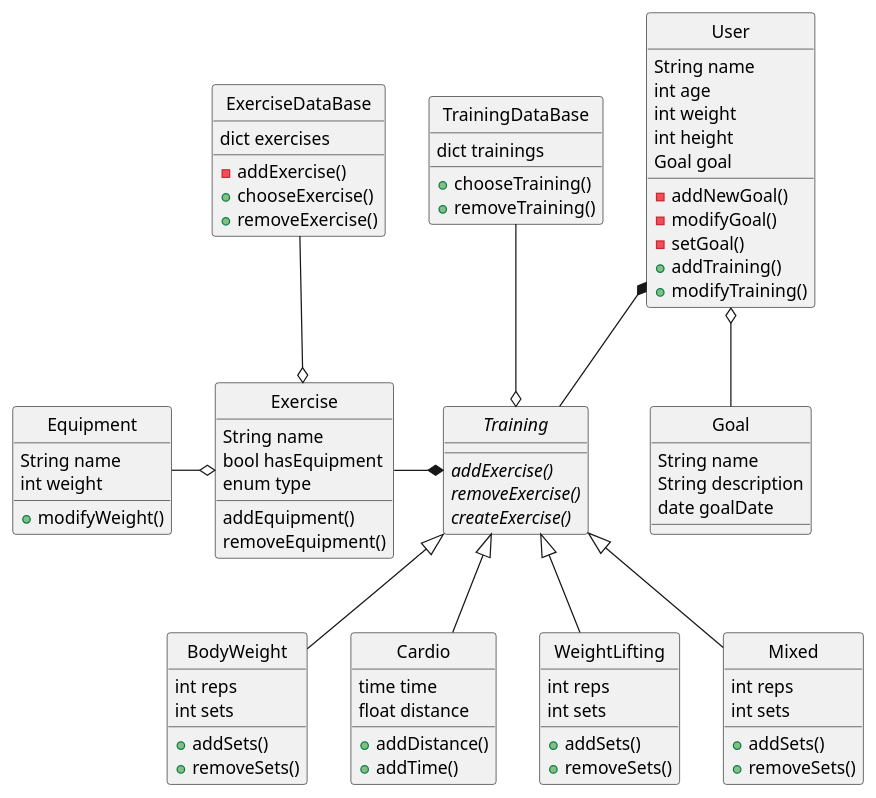
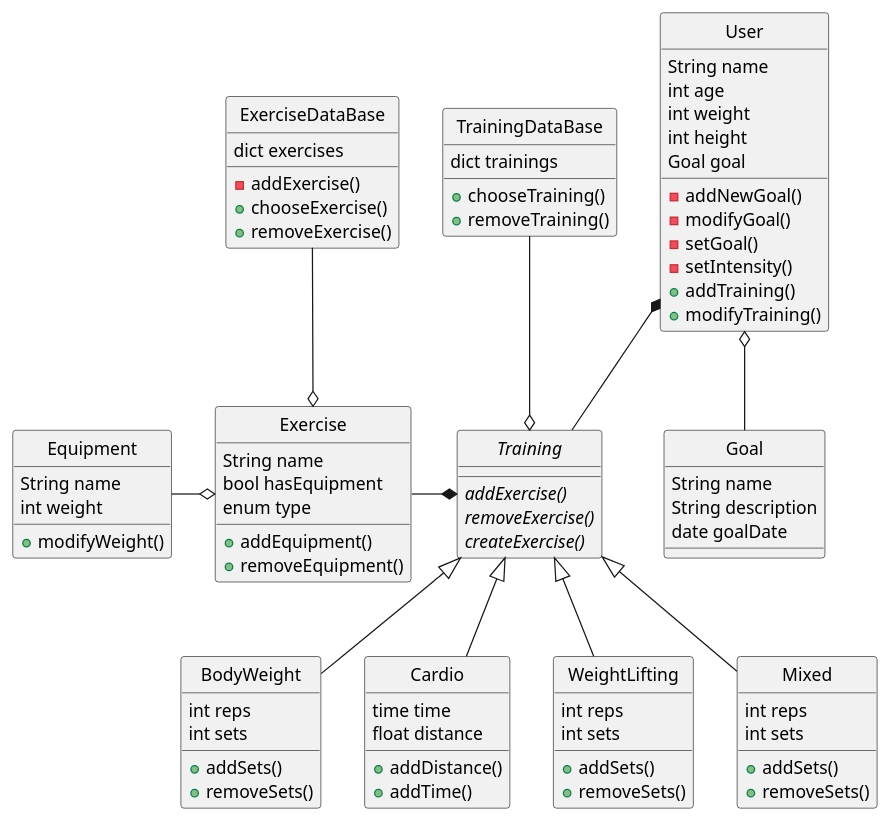
The diagram in diagram.plantuml (Hanna-J-K/fitnessapp), drawn with PlantUML before and after one commit.

Commit message:
skonczone

```diff
--- a/diagram.plantuml
+++ b/diagram.plantuml
@@ -1,95 +1,96 @@
 @startuml FitnessUml
 skinparam Style strictuml
 class User {
     String name
     int age
     int weight
     int height
     Goal goal
     -addNewGoal()
     -modifyGoal()
     -setGoal()
+    -setIntensity()
     +addTraining()
     +modifyTraining()
 }
 
 class Goal {
     String name
     String description
     date goalDate
 }
 
 class TrainingDataBase {
     dict trainings
     +chooseTraining()
     +removeTraining()
 }
 
 class ExerciseDataBase {
     dict exercises
     -addExercise()
     +chooseExercise()
     +removeExercise()
 }
 
 class Exercise {
     String name
     bool hasEquipment
     enum type
-    addEquipment()
-    removeEquipment()
+    +addEquipment()
+    +removeEquipment()
 }
 
 class Equipment {
     String name
     int weight
     +modifyWeight()
 }
 
 abstract class Training {
     {abstract} addExercise()
     {abstract} removeExercise()
     {abstract} createExercise()
 }
 
 class BodyWeight {
     int reps
     int sets
     +addSets()
     +removeSets()
 }
 
 class Cardio {
     time time 
     float distance
     +addDistance()
     +addTime()
 
 }
 
 class WeightLifting {
     int reps
     int sets
     +addSets()
     +removeSets()
 }
 
 class Mixed {
     int reps
     int sets
     +addSets()
     +removeSets()
 }
 
 User o-- Goal
 User *-- Training
 Equipment -o Exercise
 Exercise -* Training
 TrainingDataBase --o Training
 ExerciseDataBase --o Exercise
 Training <|-- BodyWeight
 Training <|-- Cardio
 Training <|-- WeightLifting
 Training <|-- Mixed
 
 @enduml
```
